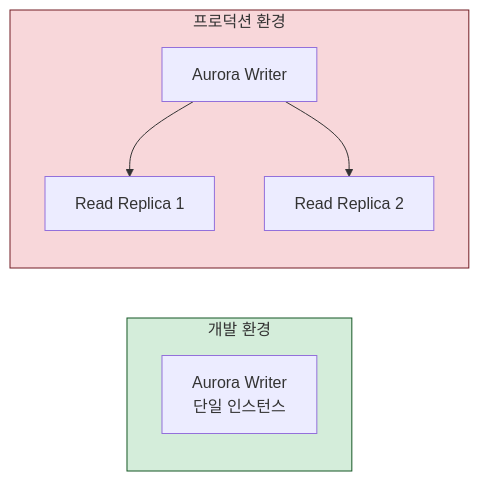
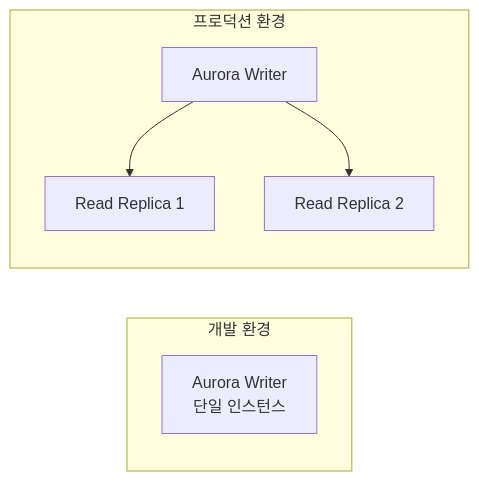
One commit to Gyubster/til changed the second of 4 diagrams in _posts/2025-04-10-aurora-db-마이그레이션-락킹-이슈.md. Above: the diagram before and after it, drawn with Mermaid. The commit also changed other lines of this file and 13 other files, not shown here.

Commit message:
Mermaid 렌더링 수정: subgraph style 명령 제거

````diff
--- a/_posts/2025-04-10-aurora-db-마이그레이션-락킹-이슈.md
+++ b/_posts/2025-04-10-aurora-db-마이그레이션-락킹-이슈.md
@@ -68,12 +68,10 @@
 ```mermaid
 flowchart LR
     subgraph dev["개발 환경"]
         A[Aurora Writer<br>단일 인스턴스]
     end
     subgraph prod["프로덕션 환경"]
         B[Aurora Writer] --> C[Read Replica 1]
         B --> D[Read Replica 2]
     end
-    style dev fill:#d4edda,stroke:#155724
-    style prod fill:#f8d7da,stroke:#721c24
 ```
````
